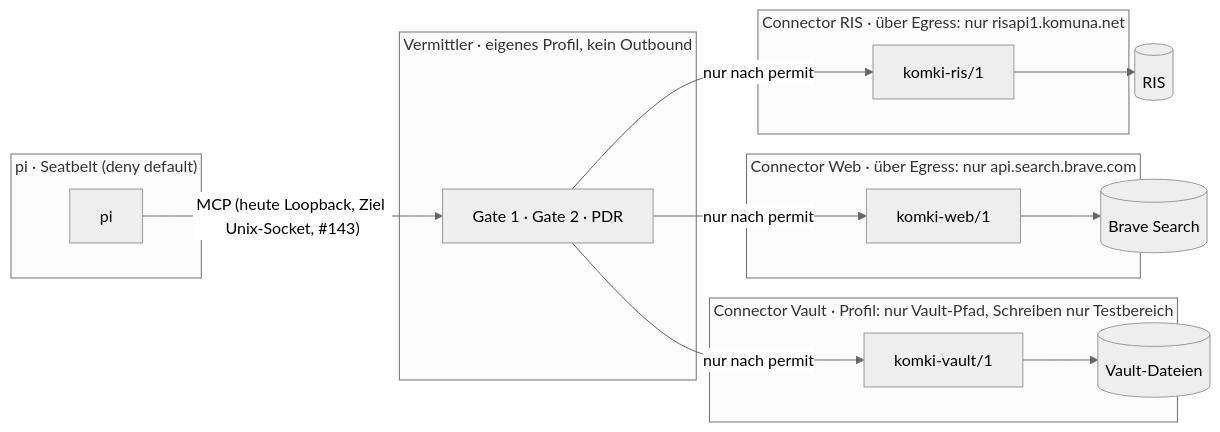
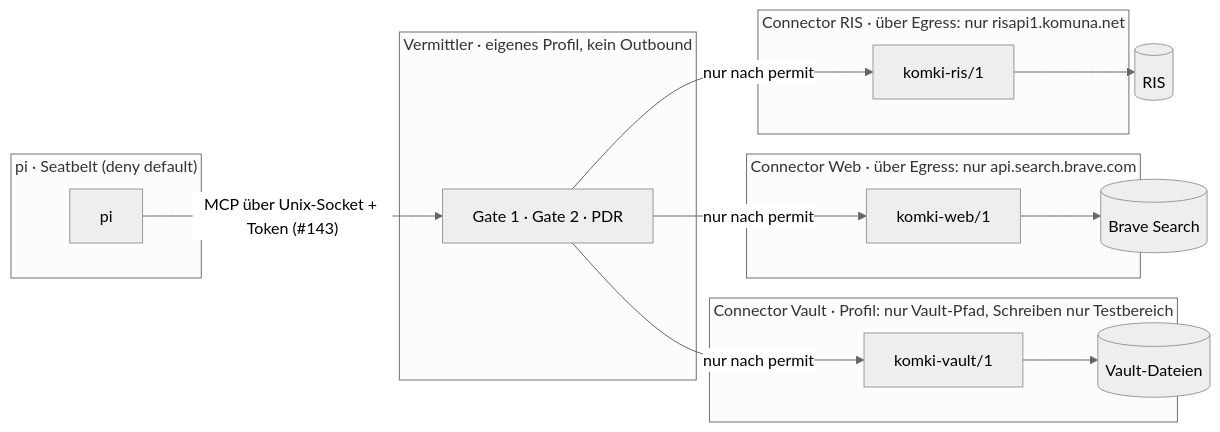
Before and after one commit to croesnick/kommunalpolitik_ki: the first of 2 diagrams in docs/research/2026-10-20-tool-zugang-entscheidungshandbuch.md, drawn with Mermaid (neutral theme). The commit also changed other lines of this file and 2 other files, not shown here.

````diff
--- a/docs/research/2026-10-20-tool-zugang-entscheidungshandbuch.md
+++ b/docs/research/2026-10-20-tool-zugang-entscheidungshandbuch.md
@@ -203,25 +206,25 @@
 ```mermaid
 flowchart LR
     subgraph SB["pi · Seatbelt (deny default)"]
         PI["pi"]
     end
     subgraph MEDB["Vermittler · eigenes Profil, kein Outbound"]
         MED["Gate 1 · Gate 2 · PDR"]
     end
     subgraph C1["Connector RIS · über Egress: nur risapi1.komuna.net"]
         RIS["komki-ris/1"]
     end
     subgraph C2["Connector Web · über Egress: nur api.search.brave.com"]
         WEB["komki-web/1"]
     end
     subgraph C3["Connector Vault · Profil: nur Vault-Pfad, Schreiben nur Testbereich"]
         VAULT["komki-vault/1"]
     end
-    PI -- "MCP (heute Loopback, Ziel Unix-Socket, #143)" --> MED
+    PI -- "MCP über Unix-Socket + Token (#143)" --> MED
     MED -- "nur nach permit" --> RIS
     MED -- "nur nach permit" --> WEB
     MED -- "nur nach permit" --> VAULT
     RIS --> EXT1[("RIS")]
     WEB --> EXT2[("Brave Search")]
     VAULT --> EXT3[("Vault-Dateien")]
 ```
````
